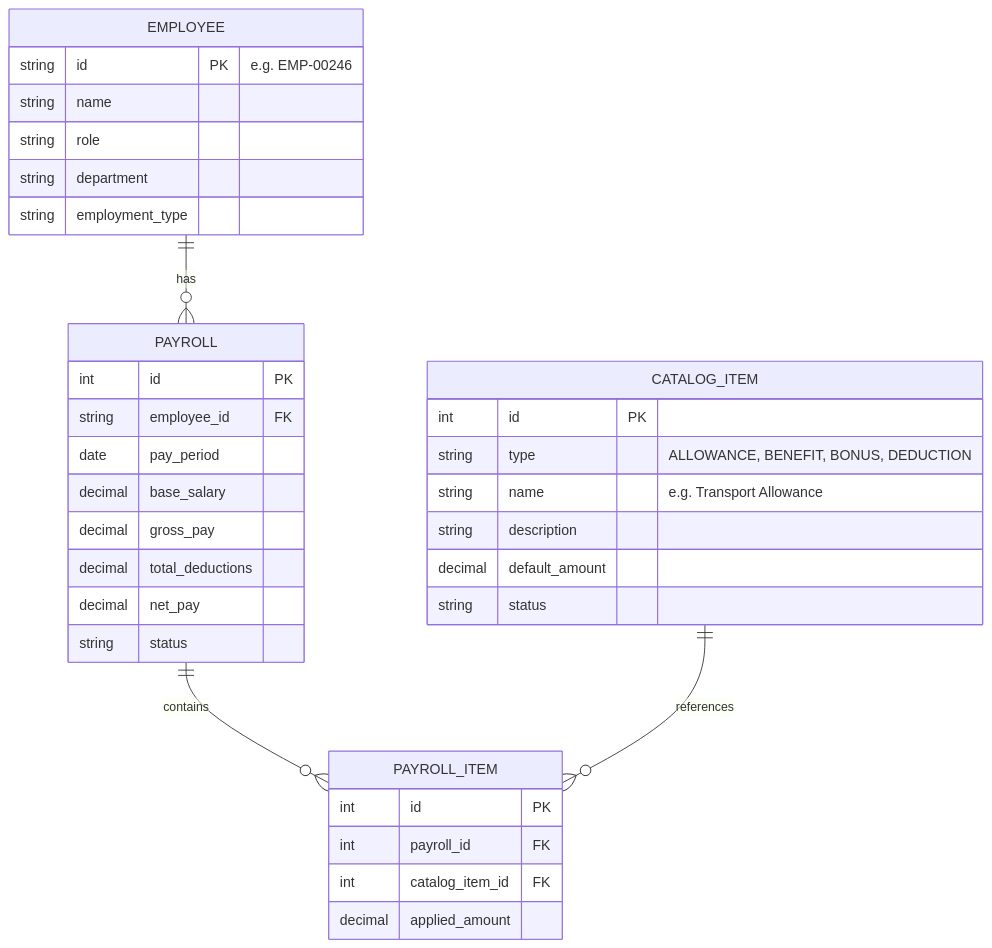
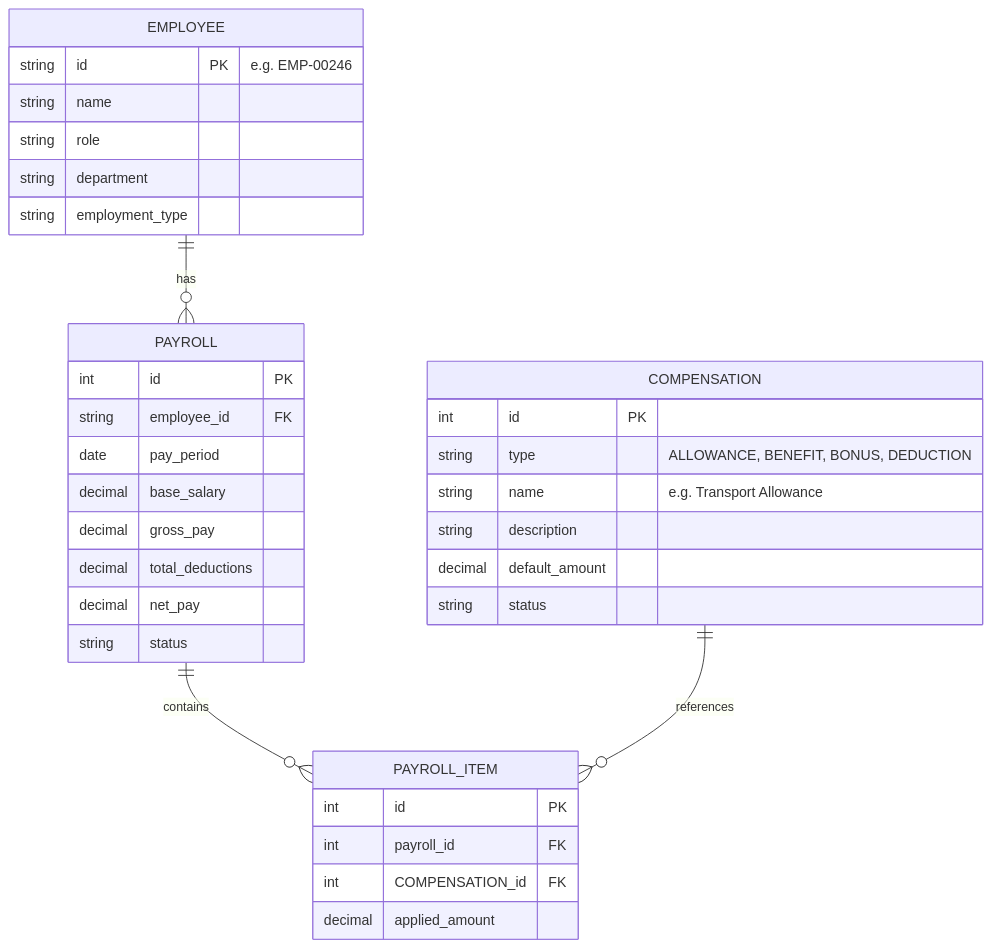
The second of 7 diagrams in docs/payroll/README.md (votrongdao/Copilot.HR), drawn with Mermaid before and after one commit. The commit also changed other lines of this file and 9 other files, not shown here.

````diff
--- a/docs/payroll/README.md
+++ b/docs/payroll/README.md
@@ -34,41 +44,41 @@
 ```mermaid
 erDiagram
     EMPLOYEE ||--o{ PAYROLL : "has"
     PAYROLL ||--o{ PAYROLL_ITEM : "contains"
-    CATALOG_ITEM ||--o{ PAYROLL_ITEM : "references"
+    COMPENSATION ||--o{ PAYROLL_ITEM : "references"
 
     EMPLOYEE {
         string id PK "e.g. EMP-00246"
         string name
         string role
         string department
         string employment_type
     }
 
-    CATALOG_ITEM {
+    COMPENSATION {
         int id PK
         string type "ALLOWANCE, BENEFIT, BONUS, DEDUCTION"
         string name "e.g. Transport Allowance"
         string description
         decimal default_amount
         string status
     }
 
     PAYROLL {
         int id PK
         string employee_id FK
         date pay_period
         decimal base_salary
         decimal gross_pay
         decimal total_deductions
         decimal net_pay
         string status
     }
 
     PAYROLL_ITEM {
         int id PK
         int payroll_id FK
-        int catalog_item_id FK
+        int COMPENSATION_id FK
         decimal applied_amount
     }
 ```
````
